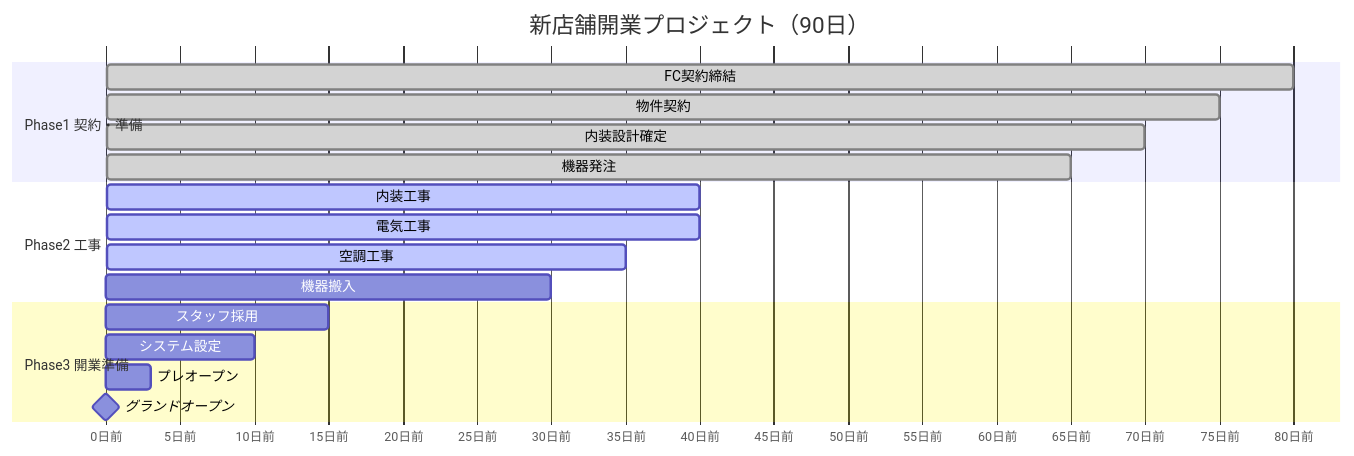
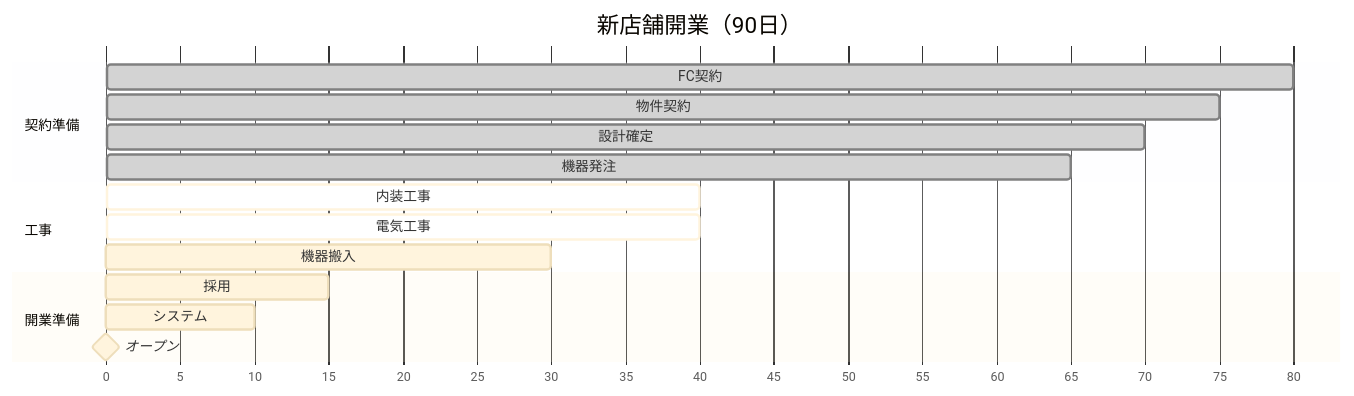
The ninth of 15 diagrams in docs/FITPLACE_LARK_PROPOSAL.md (PLark-droid/lark-proposal), drawn with Mermaid before and after one commit. The commit also changed other lines of this file, not shown here.

First line of the commit message:
docs: optimize Mermaid diagrams for Google Docs

````diff
--- a/docs/FITPLACE_LARK_PROPOSAL.md
+++ b/docs/FITPLACE_LARK_PROPOSAL.md
@@ -375,24 +319,23 @@
 ```mermaid
+%%{init: {'theme': 'base', 'themeVariables': { 'fontSize': '12px'}}}%%
 gantt
-    title 新店舗開業プロジェクト（90日）
-    dateFormat  X
-    axisFormat %s日前
+    title 新店舗開業（90日）
+    dateFormat X
+    axisFormat %s
 
-    section Phase1 契約・準備
-    FC契約締結        :done, p1a, 90, 80
-    物件契約          :done, p1b, 85, 75
-    内装設計確定      :done, p1c, 80, 70
-    機器発注          :done, p1d, 75, 65
+    section 契約準備
+    FC契約     :done, 90, 80
+    物件契約   :done, 85, 75
+    設計確定   :done, 80, 70
+    機器発注   :done, 75, 65
 
-    section Phase2 工事
-    内装工事          :active, p2a, 60, 40
-    電気工事          :active, p2b, 55, 40
-    空調工事          :active, p2c, 50, 35
-    機器搬入          :p2d, 35, 30
+    section 工事
+    内装工事   :active, 60, 40
+    電気工事   :active, 55, 40
+    機器搬入   :35, 30
 
-    section Phase3 開業準備
-    スタッフ採用      :p3a, 30, 15
-    システム設定      :p3b, 20, 10
-    プレオープン      :p3c, 7, 3
-    グランドオープン  :milestone, p3d, 0, 0
+    section 開業準備
+    採用       :30, 15
+    システム   :20, 10
+    オープン   :milestone, 0, 0
 ```
````
